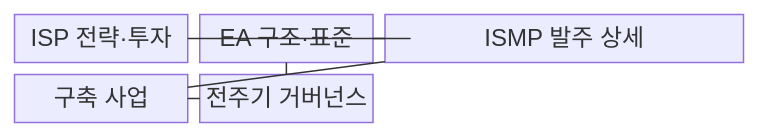
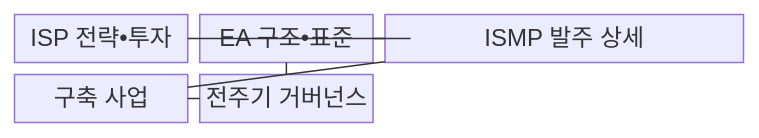
Before and after one commit to agnusdei1207/knowledge-base: the first of 2 diagrams in src/content/docs/notes/07-law-policy/004_isp_ismp_ea_comparison.md, drawn with Mermaid. The commit also changed other lines of this file and 953 other files, not shown here.

````diff
--- a/src/content/docs/notes/07-law-policy/004_isp_ismp_ea_comparison.md
+++ b/src/content/docs/notes/07-law-policy/004_isp_ismp_ea_comparison.md
@@ -66,12 +66,12 @@
 ```mermaid
 block-beta
     columns 3
-    I["ISP 전략·투자"] E["EA 구조·표준"]
+    I["ISP 전략•투자"] E["EA 구조•표준"]
     M["ISMP 발주 상세"]:2
     B["구축 사업"] G["전주기 거버넌스"]
     I --- M
     E --- M
     M --- B
     B --- G
     E --- G
 ```
````
